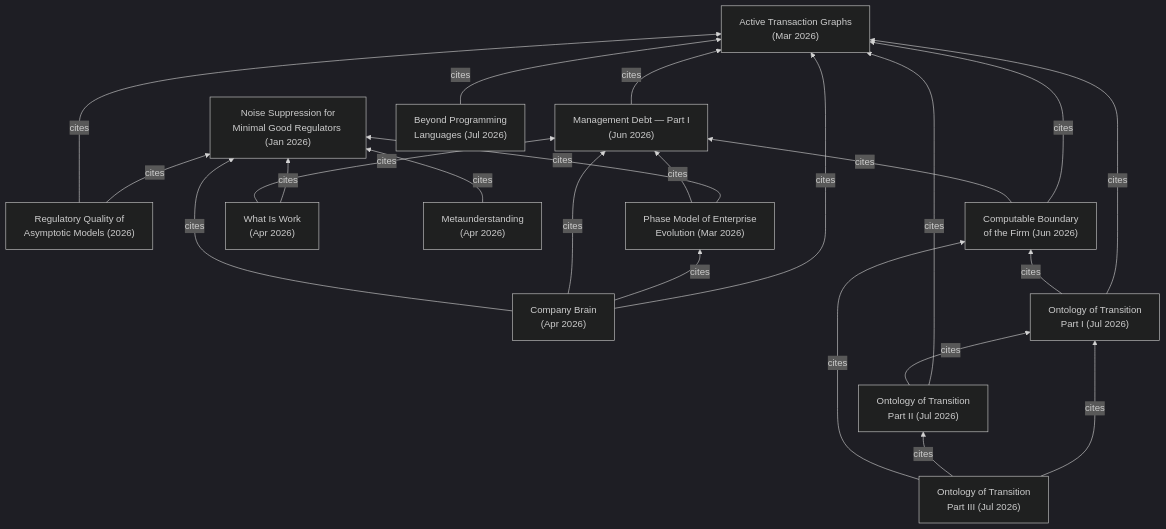
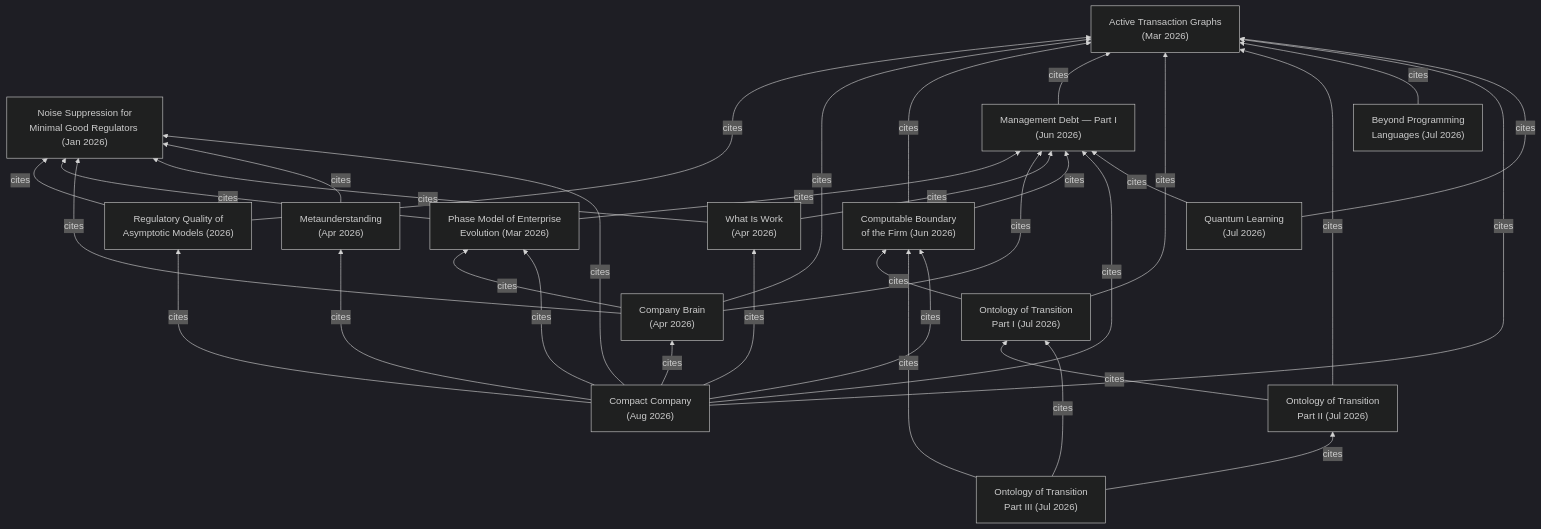
The diagram in README.md (corezoid/research), drawn with Mermaid (dark theme) before and after one commit. The commit also changed other lines of this file and 20 other files, not shown here.

First line of the commit message:
Add two papers: Quantum Learning (EN) and The Compact Company

````diff
--- a/README.md
+++ b/README.md
@@ -65,39 +67,52 @@
 ```mermaid
 graph BT
     NS["Noise Suppression for<br/>Minimal Good Regulators (Jan 2026)"]
     RQ["Regulatory Quality of<br/>Asymptotic Models (2026)"]
     ATG["Active Transaction Graphs<br/>(Mar 2026)"]
     PM["Phase Model of Enterprise<br/>Evolution (Mar 2026)"]
     CB["Company Brain<br/>(Apr 2026)"]
     WIW["What Is Work<br/>(Apr 2026)"]
     MU["Metaunderstanding<br/>(Apr 2026)"]
     CBF["Computable Boundary<br/>of the Firm (Jun 2026)"]
     MD1["Management Debt — Part I<br/>(Jun 2026)"]
     OT1["Ontology of Transition<br/>Part I (Jul 2026)"]
     OT2["Ontology of Transition<br/>Part II (Jul 2026)"]
     OT3["Ontology of Transition<br/>Part III (Jul 2026)"]
     BPL["Beyond Programming<br/>Languages (Jul 2026)"]
+    QL["Quantum Learning<br/>(Jul 2026)"]
+    CC["Compact Company<br/>(Aug 2026)"]
 
     RQ -->|cites| NS
     RQ -->|cites| ATG
     PM -->|cites| NS
     PM -->|cites| MD1
     CB -->|cites| ATG
     CB -->|cites| PM
     CB -->|cites| MD1
     CB -->|cites| NS
     WIW -->|cites| NS
     WIW -->|cites| MD1
     MU -->|cites| NS
     CBF -->|cites| ATG
     CBF -->|cites| MD1
     MD1 -->|cites| ATG
     OT1 -->|cites| ATG
     OT1 -->|cites| CBF
     OT2 -->|cites| ATG
     OT2 -->|cites| OT1
     OT3 -->|cites| OT1
     OT3 -->|cites| OT2
     OT3 -->|cites| CBF
     BPL -->|cites| ATG
+    CC -->|cites| ATG
+    CC -->|cites| CBF
+    CC -->|cites| NS
+    CC -->|cites| RQ
+    CC -->|cites| CB
+    CC -->|cites| PM
+    CC -->|cites| MU
+    CC -->|cites| WIW
+    CC -->|cites| MD1
+    QL -->|cites| ATG
+    QL -->|cites| MD1
 ```
````
